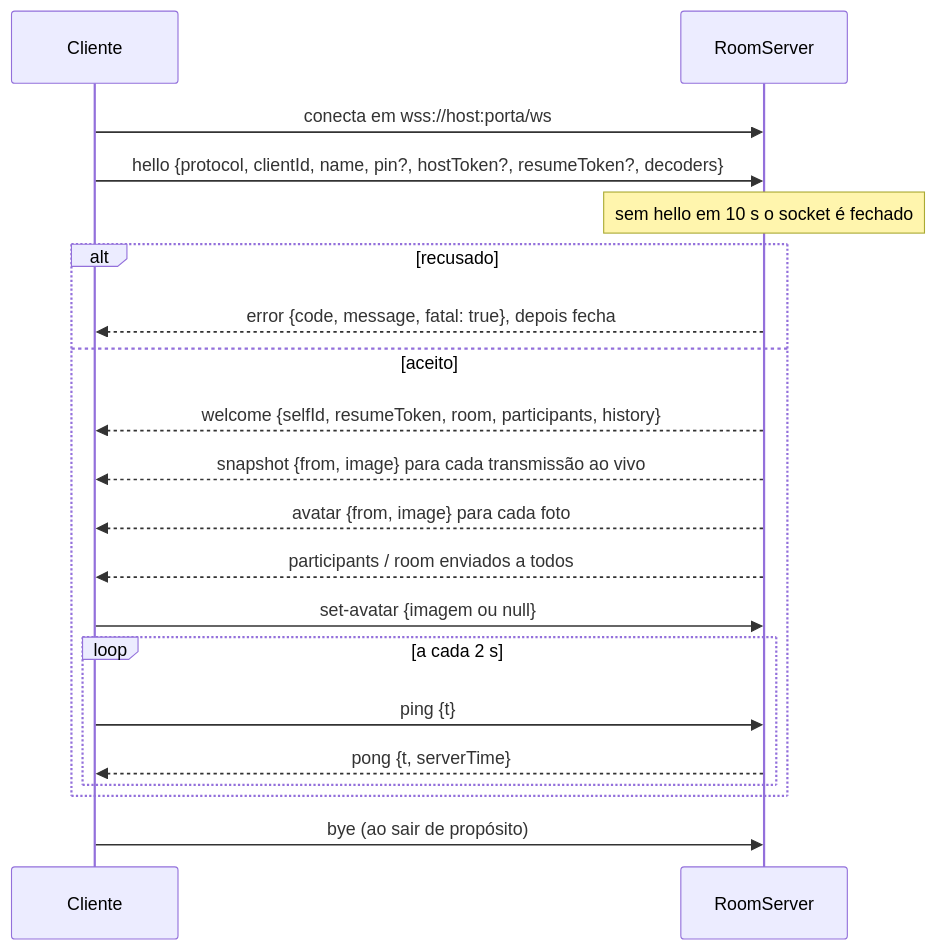
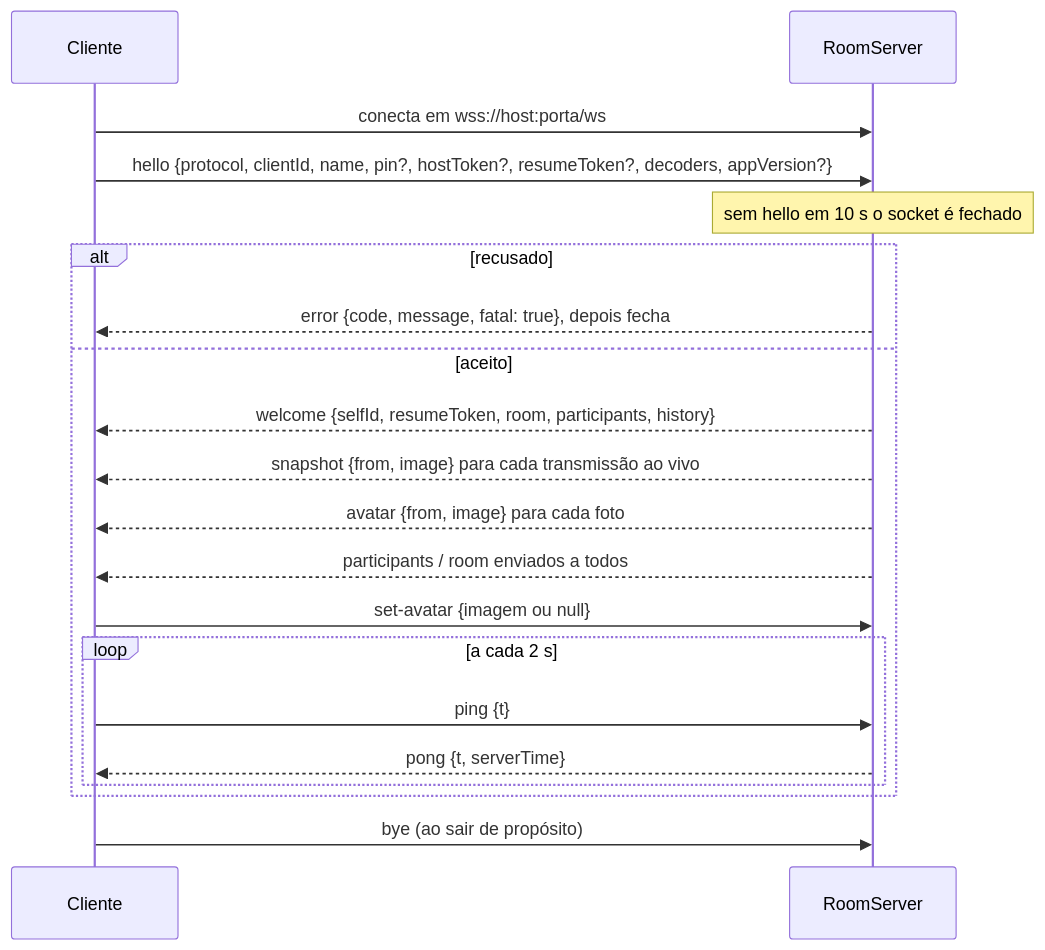
The second of 4 diagrams in docs/pt-BR/protocol.md (nsfxu/lan-screenshare), drawn with Mermaid before and after one commit. The commit also changed other lines of this file and 21 other files, not shown here.

````diff
--- a/docs/pt-BR/protocol.md
+++ b/docs/pt-BR/protocol.md
@@ -90,22 +92,22 @@
 ```mermaid
 sequenceDiagram
   participant C as Cliente
   participant S as RoomServer
   C->>S: conecta em wss://host:porta/ws
-  C->>S: hello {protocol, clientId, name, pin?, hostToken?, resumeToken?, decoders}
+  C->>S: hello {protocol, clientId, name, pin?, hostToken?, resumeToken?, decoders, appVersion?}
   Note over S: sem hello em 10 s o socket é fechado
   alt recusado
     S-->>C: error {code, message, fatal: true}, depois fecha
   else aceito
     S-->>C: welcome {selfId, resumeToken, room, participants, history}
     S-->>C: snapshot {from, image} para cada transmissão ao vivo
     S-->>C: avatar {from, image} para cada foto
     S-->>C: participants / room enviados a todos
     C->>S: set-avatar {imagem ou null}
     loop a cada 2 s
       C->>S: ping {t}
       S-->>C: pong {t, serverTime}
     end
   end
   C->>S: bye (ao sair de propósito)
 ```
````
